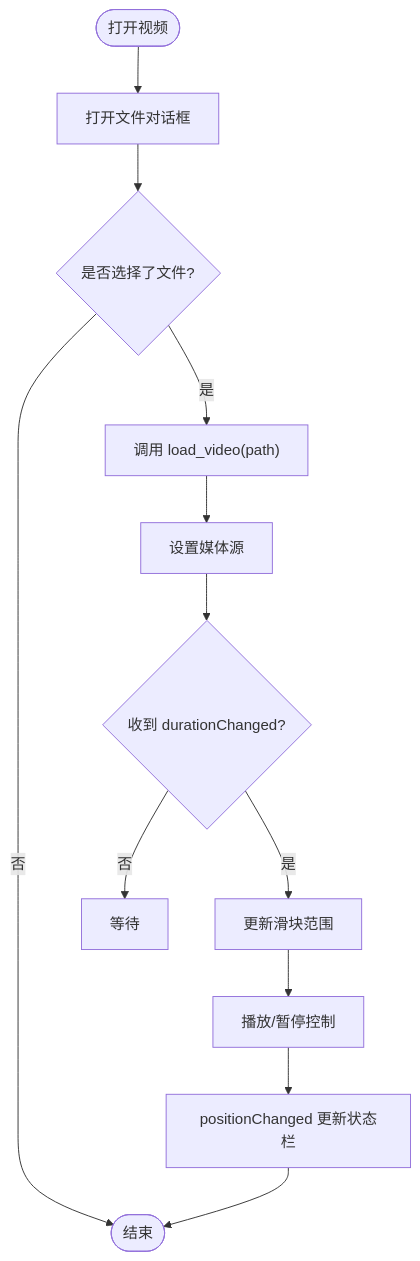
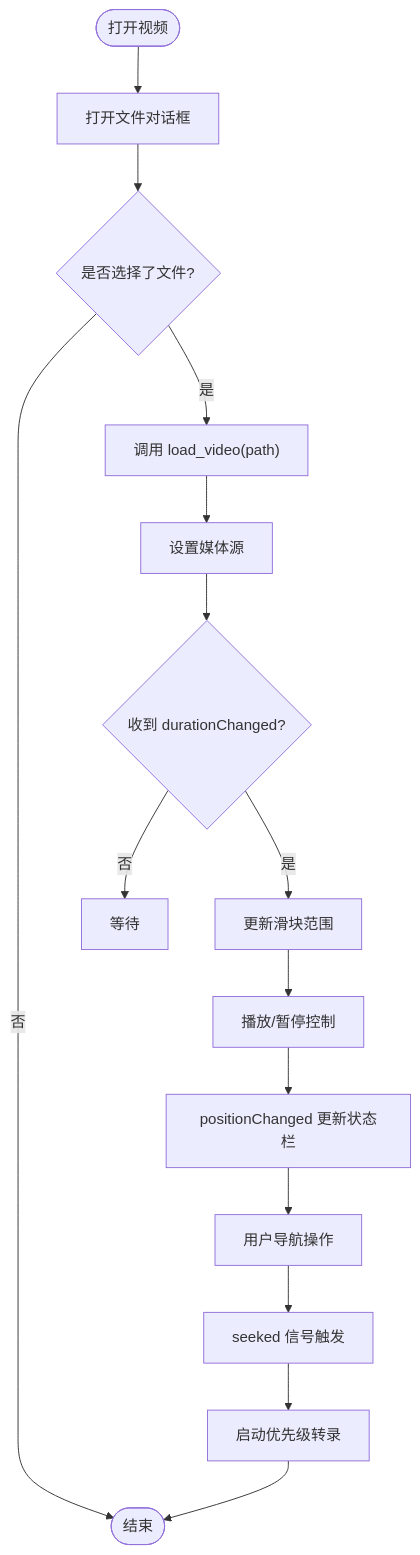
One commit to boyingliu01/VideoSplitter changed the fourth of 7 diagrams in .qoder/repowiki/zh/content/用户界面/视频播放器组件.md. Above: the diagram before and after it, drawn with Mermaid. The commit also changed other lines of this file and 147 other files, not shown here.

````diff
--- a/.qoder/repowiki/zh/content/用户界面/视频播放器组件.md
+++ b/.qoder/repowiki/zh/content/用户界面/视频播放器组件.md
@@ -151,14 +165,17 @@
 ```mermaid
 flowchart TD
 Start(["打开视频"]) --> OpenDialog["打开文件对话框"]
 OpenDialog --> PathSelected{"是否选择了文件?"}
 PathSelected --> |否| End(["结束"])
 PathSelected --> |是| LoadVideo["调用 load_video(path)"]
 LoadVideo --> SetSource["设置媒体源"]
 SetSource --> DurationReady{"收到 durationChanged?"}
 DurationReady --> |是| UpdateRange["更新滑块范围"]
 DurationReady --> |否| Wait["等待"]
 UpdateRange --> Playing["播放/暂停控制"]
 Playing --> PositionUpdate["positionChanged 更新状态栏"]
-PositionUpdate --> End
+PositionUpdate --> Navigation["用户导航操作"]
+Navigation --> Seeked["seeked 信号触发"]
+Seeked --> PriorityTranscribe["启动优先级转录"]
+PriorityTranscribe --> End
 ```
````
